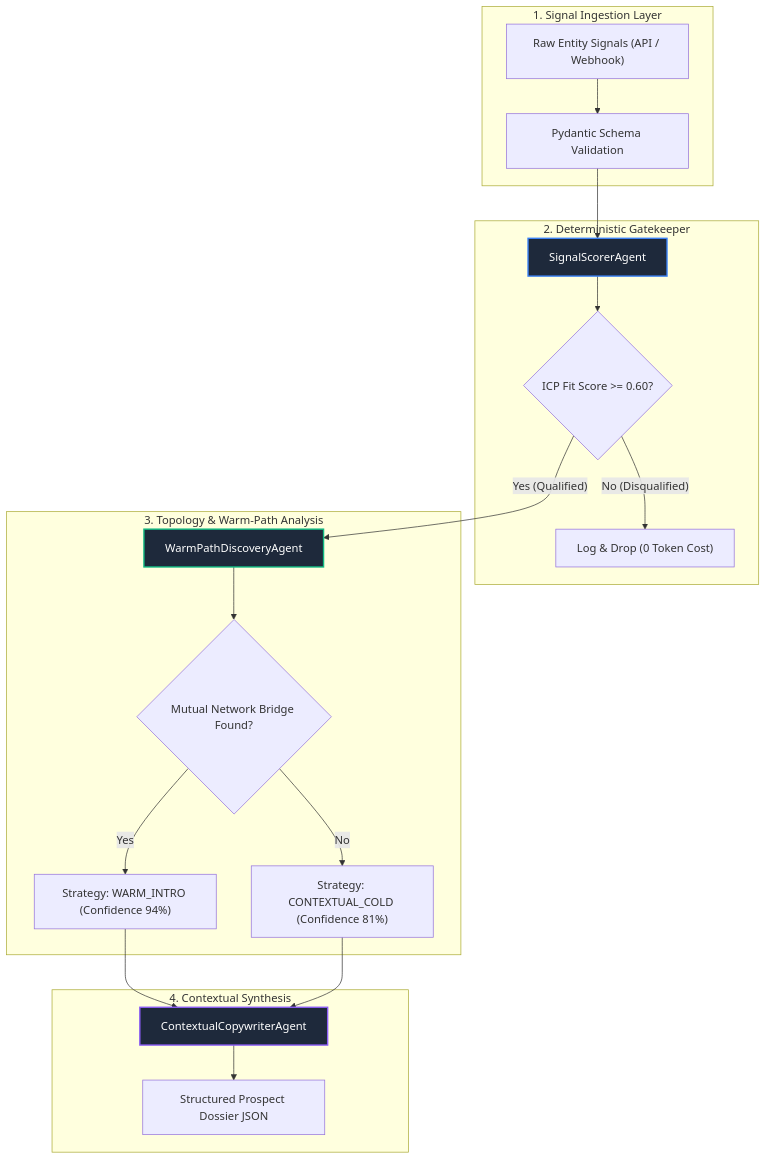
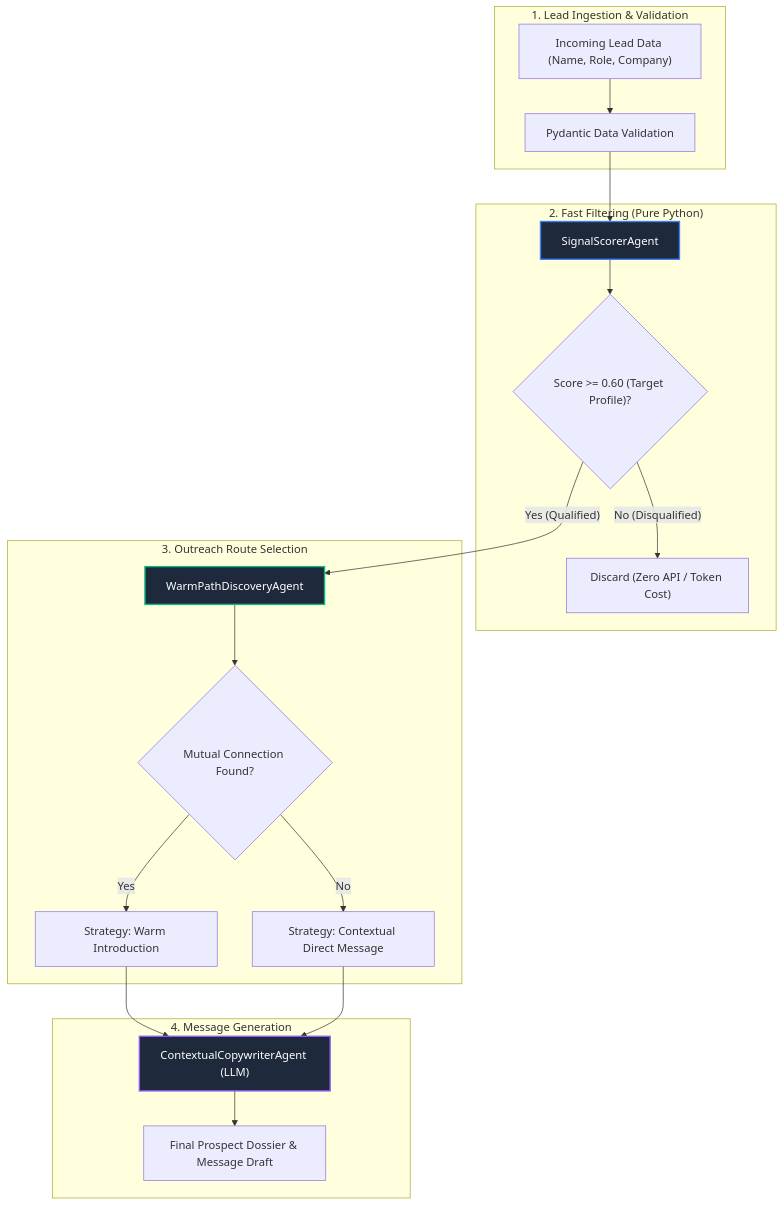
The diagram in README.md (coutinhoicaro/lead-intelligence-agentic-system), drawn with Mermaid before and after one commit. The commit also changed other lines of this file, not shown here.

Commit message:
docs: simplify architecture overview and clarify reference blueprint scope

````diff
--- a/README.md
+++ b/README.md
@@ -33,29 +33,29 @@
 ```mermaid
 flowchart TD
-    subgraph Ingestion ["1. Signal Ingestion Layer"]
-        A["Raw Entity Signals (API / Webhook)"] --> B["Pydantic Schema Validation"]
+    subgraph Step1 ["1. Lead Ingestion & Validation"]
+        A["Incoming Lead Data (Name, Role, Company)"] --> B["Pydantic Data Validation"]
     end
 
-    subgraph Evaluation ["2. Deterministic Gatekeeper"]
+    subgraph Step2 ["2. Fast Filtering (Pure Python)"]
         B --> C["SignalScorerAgent"]
-        C --> D{"ICP Fit Score >= 0.60?"}
-        D -- "No (Disqualified)" --> E["Log & Drop (0 Token Cost)"]
+        C --> D{"Score >= 0.60 (Target Profile)?"}
+        D -- "No (Disqualified)" --> E["Discard (Zero API / Token Cost)"]
     end
 
-    subgraph GraphRouting ["3. Topology & Warm-Path Analysis"]
+    subgraph Step3 ["3. Outreach Route Selection"]
         D -- "Yes (Qualified)" --> F["WarmPathDiscoveryAgent"]
-        F --> G{"Mutual Network Bridge Found?"}
-        G -- "Yes" --> H["Strategy: WARM_INTRO (Confidence 94%)"]
-        G -- "No" --> I["Strategy: CONTEXTUAL_COLD (Confidence 81%)"]
+        F --> G{"Mutual Connection Found?"}
+        G -- "Yes" --> H["Strategy: Warm Introduction"]
+        G -- "No" --> I["Strategy: Contextual Direct Message"]
     end
 
-    subgraph Generation ["4. Contextual Synthesis"]
-        H --> J["ContextualCopywriterAgent"]
+    subgraph Step4 ["4. Message Generation"]
+        H --> J["ContextualCopywriterAgent (LLM)"]
         I --> J
-        J --> K["Structured Prospect Dossier JSON"]
+        J --> K["Final Prospect Dossier & Message Draft"]
     end
 
     style C fill:#1e293b,stroke:#3b82f6,stroke-width:2px,color:#fff
     style F fill:#1e293b,stroke:#10b981,stroke-width:2px,color:#fff
     style J fill:#1e293b,stroke:#8b5cf6,stroke-width:2px,color:#fff
 ```
````
